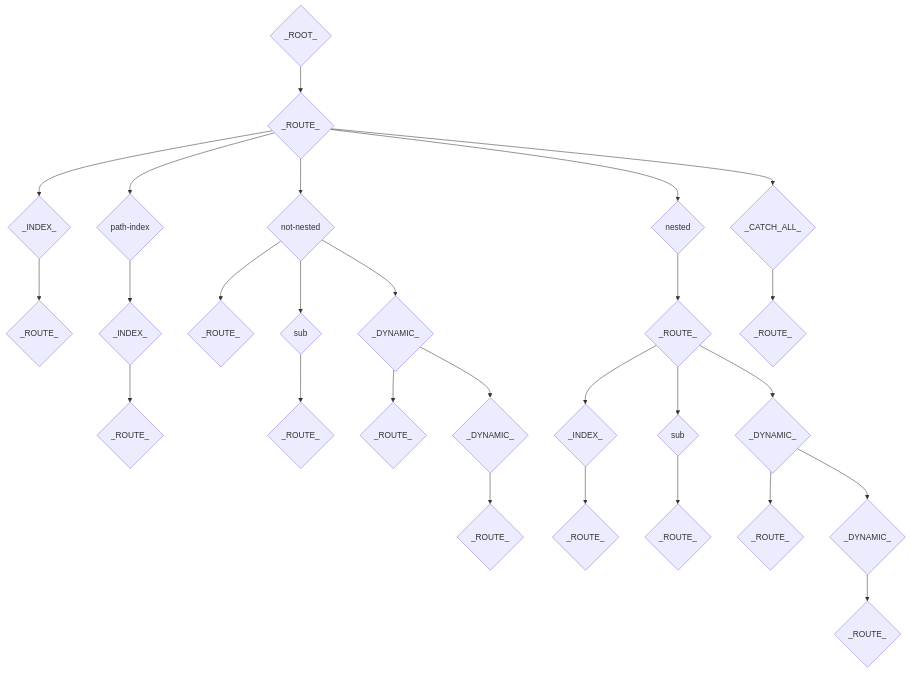
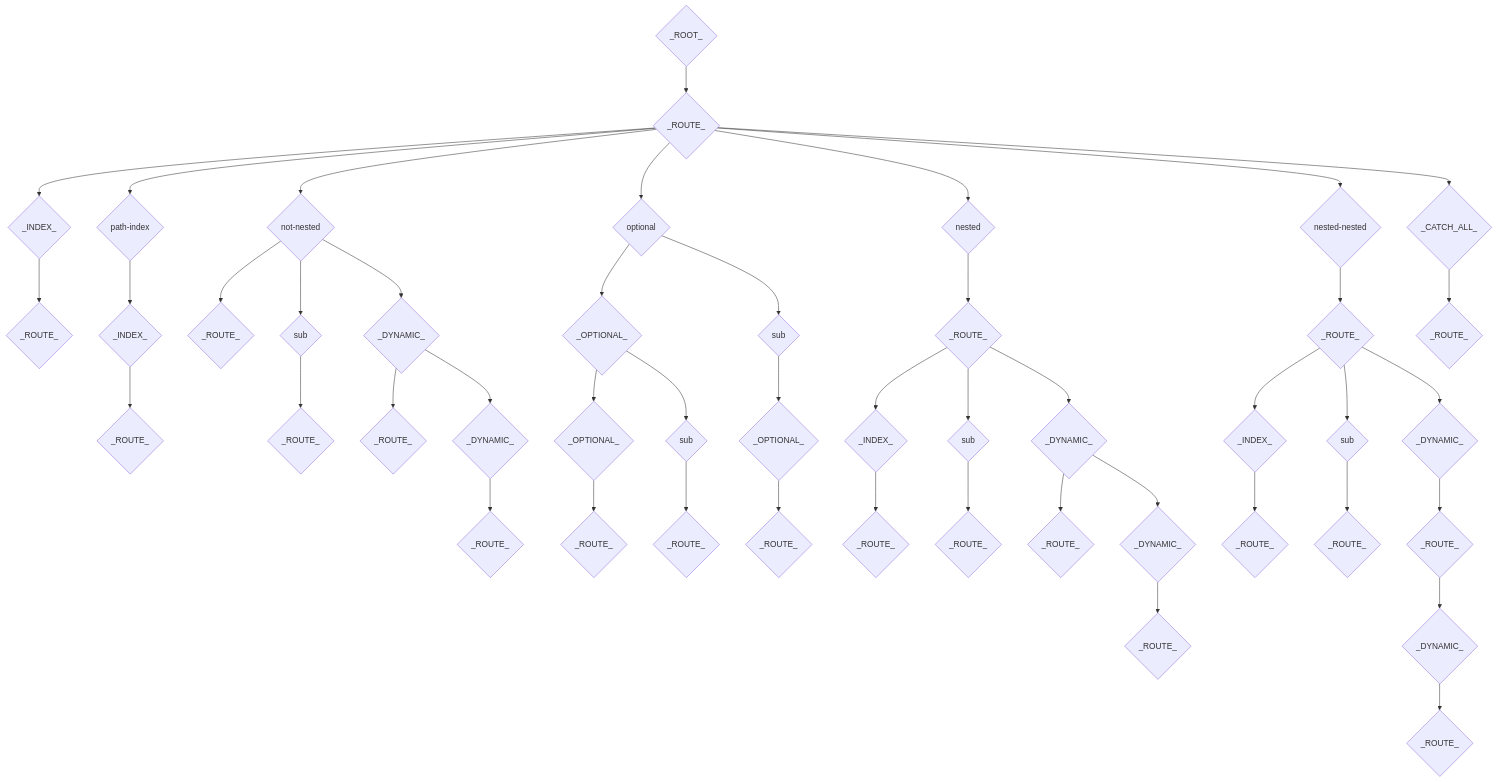
Before and after one commit to jacob-ebey/router-trie: the diagram in README.md, drawn with Mermaid. The commit also changed other lines of this file and 6 other files, not shown here.

````diff
--- a/README.md
+++ b/README.md
@@ -117,29 +56,48 @@
 ```mermaid
 graph TD;
   0__{_ROOT_} --> 0_0__{_ROUTE_};
   0_0__{_ROUTE_} --> 0_0_0__{_INDEX_};
   0_0_0__{_INDEX_} --> 0_0_0_0__{_ROUTE_};
   0_0__{_ROUTE_} --> 0_0_1__{path-index};
   0_0_1__{path-index} --> 0_0_1_0__{_INDEX_};
   0_0_1_0__{_INDEX_} --> 0_0_1_0_0__{_ROUTE_};
   0_0__{_ROUTE_} --> 0_0_2__{not-nested};
   0_0_2__{not-nested} --> 0_0_2_0__{_ROUTE_};
   0_0_2__{not-nested} --> 0_0_2_1__{sub};
   0_0_2_1__{sub} --> 0_0_2_1_0__{_ROUTE_};
   0_0_2__{not-nested} --> 0_0_2_2__{_DYNAMIC_};
   0_0_2_2__{_DYNAMIC_} --> 0_0_2_2_0__{_ROUTE_};
   0_0_2_2__{_DYNAMIC_} --> 0_0_2_2_1__{_DYNAMIC_};
   0_0_2_2_1__{_DYNAMIC_} --> 0_0_2_2_1_0__{_ROUTE_};
-  0_0__{_ROUTE_} --> 0_0_3__{nested};
-  0_0_3__{nested} --> 0_0_3_0__{_ROUTE_};
-  0_0_3_0__{_ROUTE_} --> 0_0_3_0_0__{_INDEX_};
-  0_0_3_0_0__{_INDEX_} --> 0_0_3_0_0_0__{_ROUTE_};
-  0_0_3_0__{_ROUTE_} --> 0_0_3_0_1__{sub};
+  0_0__{_ROUTE_} --> 0_0_3__{optional};
+  0_0_3__{optional} --> 0_0_3_0__{_OPTIONAL_};
+  0_0_3_0__{_OPTIONAL_} --> 0_0_3_0_0__{_OPTIONAL_};
+  0_0_3_0_0__{_OPTIONAL_} --> 0_0_3_0_0_0__{_ROUTE_};
+  0_0_3_0__{_OPTIONAL_} --> 0_0_3_0_1__{sub};
   0_0_3_0_1__{sub} --> 0_0_3_0_1_0__{_ROUTE_};
-  0_0_3_0__{_ROUTE_} --> 0_0_3_0_2__{_DYNAMIC_};
-  0_0_3_0_2__{_DYNAMIC_} --> 0_0_3_0_2_0__{_ROUTE_};
-  0_0_3_0_2__{_DYNAMIC_} --> 0_0_3_0_2_1__{_DYNAMIC_};
-  0_0_3_0_2_1__{_DYNAMIC_} --> 0_0_3_0_2_1_0__{_ROUTE_};
-  0_0__{_ROUTE_} --> 0_0_4__{_CATCH_ALL_};
-  0_0_4__{_CATCH_ALL_} --> 0_0_4_0__{_ROUTE_};
+  0_0_3__{optional} --> 0_0_3_1__{sub};
+  0_0_3_1__{sub} --> 0_0_3_1_0__{_OPTIONAL_};
+  0_0_3_1_0__{_OPTIONAL_} --> 0_0_3_1_0_0__{_ROUTE_};
+  0_0__{_ROUTE_} --> 0_0_4__{nested};
+  0_0_4__{nested} --> 0_0_4_0__{_ROUTE_};
+  0_0_4_0__{_ROUTE_} --> 0_0_4_0_0__{_INDEX_};
+  0_0_4_0_0__{_INDEX_} --> 0_0_4_0_0_0__{_ROUTE_};
+  0_0_4_0__{_ROUTE_} --> 0_0_4_0_1__{sub};
+  0_0_4_0_1__{sub} --> 0_0_4_0_1_0__{_ROUTE_};
+  0_0_4_0__{_ROUTE_} --> 0_0_4_0_2__{_DYNAMIC_};
+  0_0_4_0_2__{_DYNAMIC_} --> 0_0_4_0_2_0__{_ROUTE_};
+  0_0_4_0_2__{_DYNAMIC_} --> 0_0_4_0_2_1__{_DYNAMIC_};
+  0_0_4_0_2_1__{_DYNAMIC_} --> 0_0_4_0_2_1_0__{_ROUTE_};
+  0_0__{_ROUTE_} --> 0_0_5__{nested-nested};
+  0_0_5__{nested-nested} --> 0_0_5_0__{_ROUTE_};
+  0_0_5_0__{_ROUTE_} --> 0_0_5_0_0__{_INDEX_};
+  0_0_5_0_0__{_INDEX_} --> 0_0_5_0_0_0__{_ROUTE_};
+  0_0_5_0__{_ROUTE_} --> 0_0_5_0_1__{sub};
+  0_0_5_0_1__{sub} --> 0_0_5_0_1_0__{_ROUTE_};
+  0_0_5_0__{_ROUTE_} --> 0_0_5_0_2__{_DYNAMIC_};
+  0_0_5_0_2__{_DYNAMIC_} --> 0_0_5_0_2_0__{_ROUTE_};
+  0_0_5_0_2_0__{_ROUTE_} --> 0_0_5_0_2_0_0__{_DYNAMIC_};
+  0_0_5_0_2_0_0__{_DYNAMIC_} --> 0_0_5_0_2_0_0_0__{_ROUTE_};
+  0_0__{_ROUTE_} --> 0_0_6__{_CATCH_ALL_};
+  0_0_6__{_CATCH_ALL_} --> 0_0_6_0__{_ROUTE_};
 ```
````
